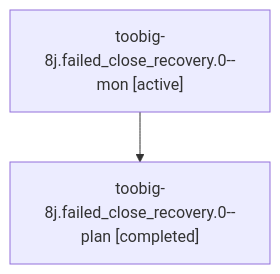
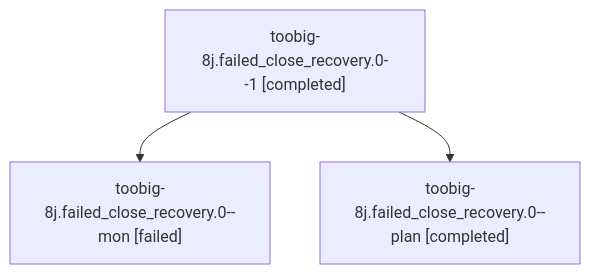
The diagram in sessions/bbugyi200.athena.toobig-8j.failed_close_recovery.0.md (sase-org/sase--agents), drawn with Mermaid before and after one commit. The commit also changed other lines of this file and 45 other files, not shown here.

````diff
--- a/sessions/bbugyi200.athena.toobig-8j.failed_close_recovery.0.md
+++ b/sessions/bbugyi200.athena.toobig-8j.failed_close_recovery.0.md
@@ -9,6 +9,8 @@
 ```mermaid
 flowchart TD
-  n0["toobig-8j.failed_close_recovery.0--mon [active]"]
-  n1["toobig-8j.failed_close_recovery.0--plan [completed]"]
+  n0["toobig-8j.failed_close_recovery.0--1 [completed]"]
+  n1["toobig-8j.failed_close_recovery.0--mon [failed]"]
   n0 --> n1
+  n2["toobig-8j.failed_close_recovery.0--plan [completed]"]
+  n0 --> n2
 ```
````
